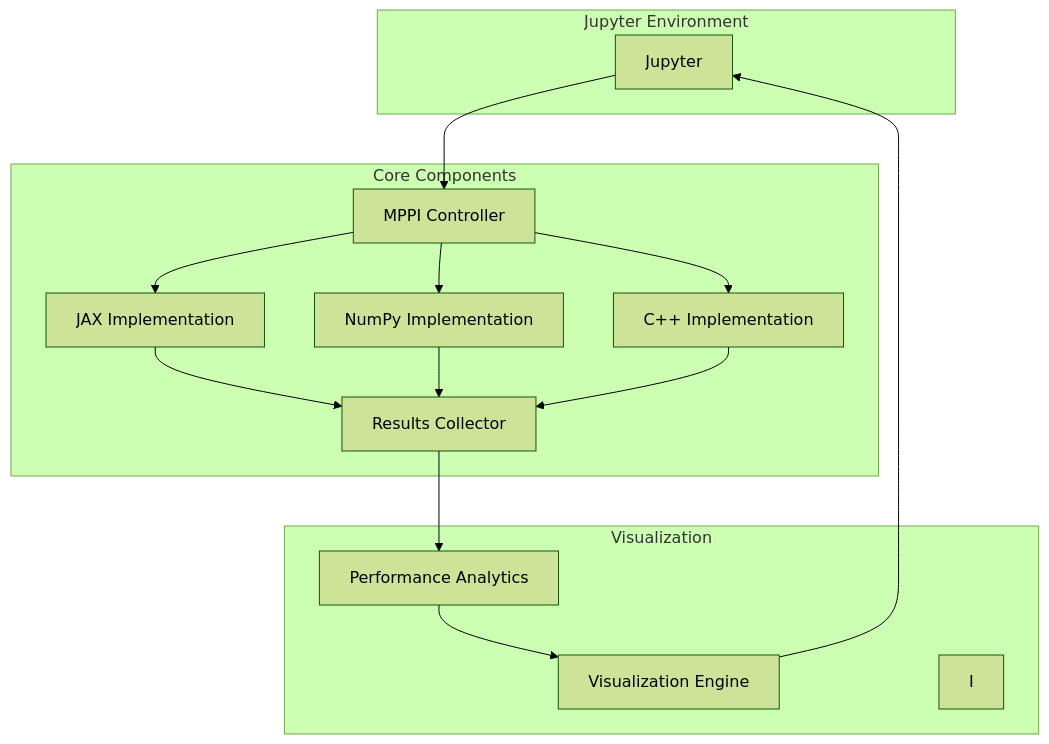
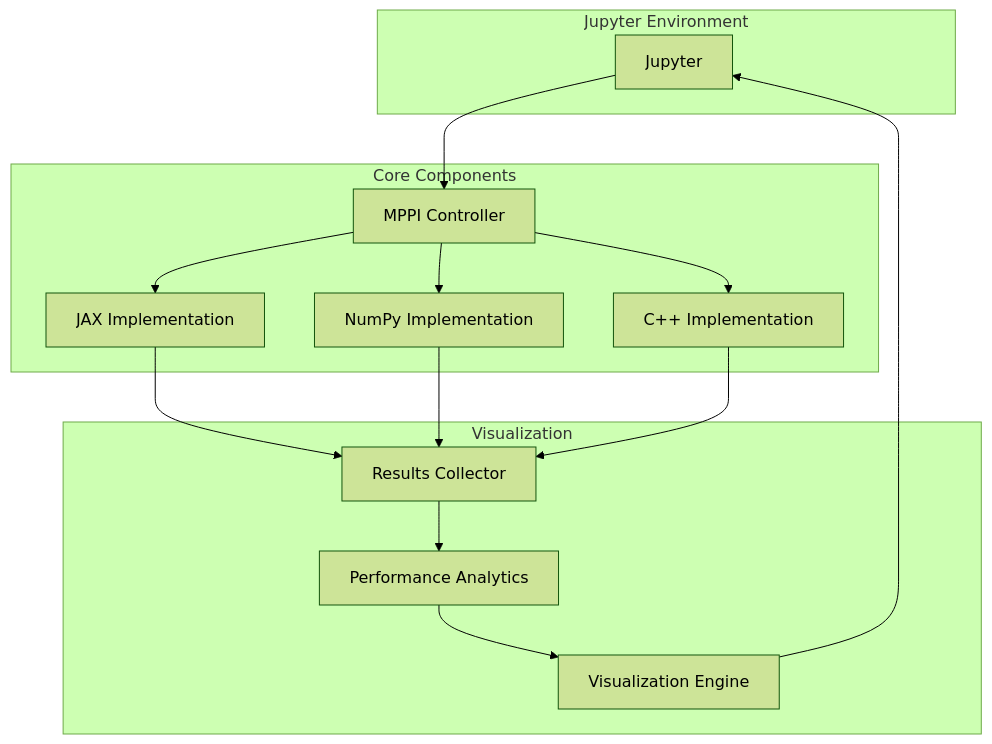
One commit to domozhakova-valentina/MPPI_advanced_python_project changed the diagram in README.md. Above: the diagram before and after it, drawn with Mermaid (forest theme).

````diff
--- a/README.md
+++ b/README.md
@@ -127,31 +127,30 @@
 ```mermaid
 graph TB
     A[Jupyter] --> B[MPPI Controller]
     B --> C[JAX Implementation]
     B --> D[NumPy Implementation]
     B --> E[C++ Implementation]
     C --> F[Results Collector]
     D --> F
     E --> F
     F--> G[Performance Analytics]
     G --> H[Visualization Engine]
     H --> A
 
 subgraph "Jupyter Environment"
         A
     end
     
     subgraph "Core Components"
         B
         C
         D
         E
-        F
     end
     
     subgraph "Visualization"
+        F
         G
         H
-        I
     end
 ```
````
